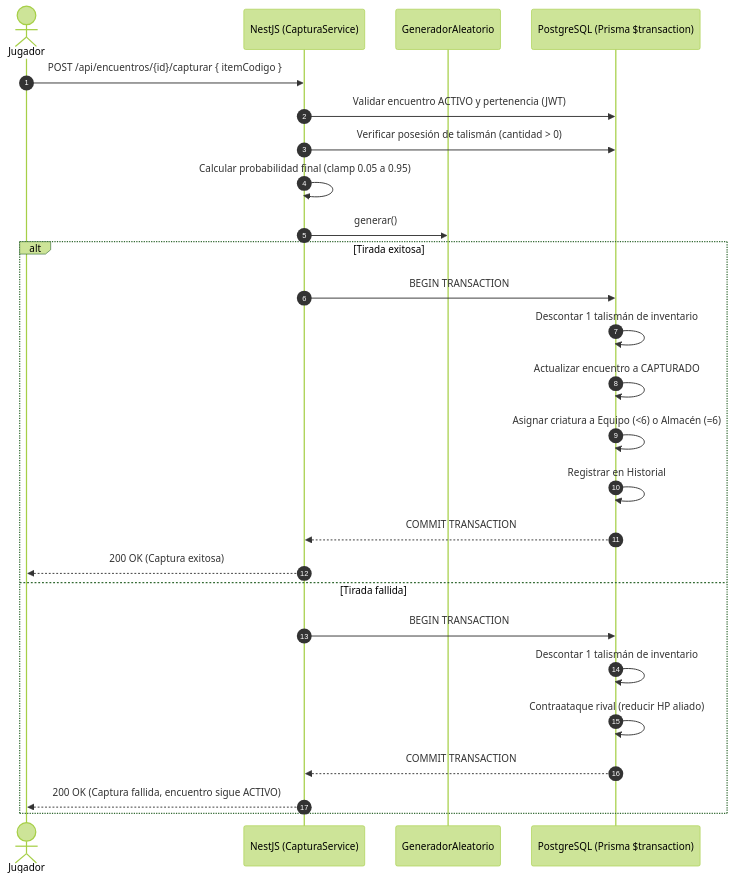
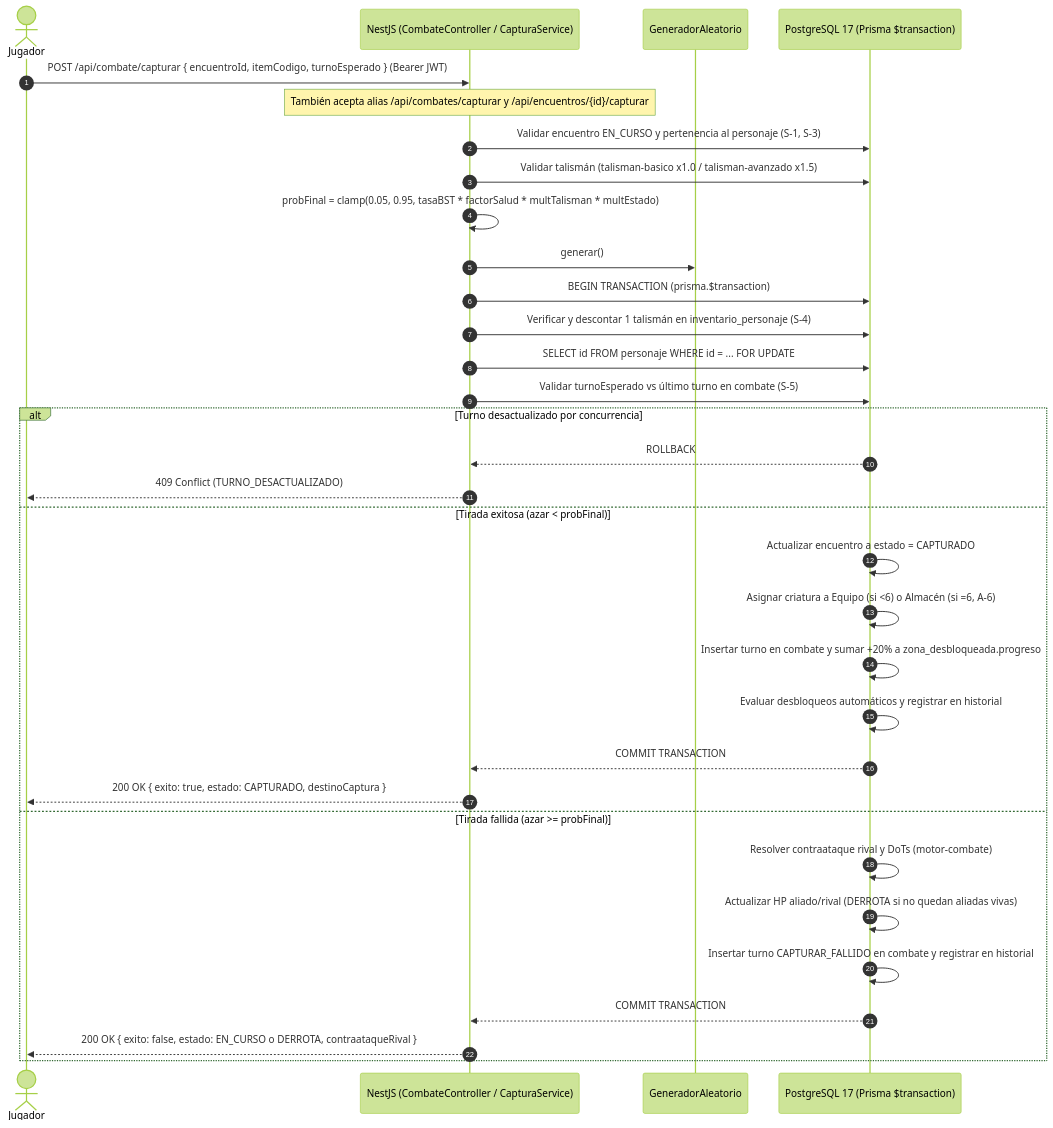
Before and after one commit to EduardoVal3/aethelgard: the diagram in docs/diagramas/secuencia-captura.mmd, drawn with Mermaid (forest theme). The commit also changed 3 other files, not shown here.

Commit message:
documentacion(combate): sincroniza diagramas de estados de encuentro y secuencia de captura

```diff
--- a/docs/diagramas/secuencia-captura.mmd
+++ b/docs/diagramas/secuencia-captura.mmd
@@ -1,27 +1,36 @@
 sequenceDiagram
     autonumber
     actor Jugador
-    participant API as NestJS (CapturaService)
+    participant API as NestJS (CombateController / CapturaService)
     participant Azar as GeneradorAleatorio
-    participant DB as PostgreSQL (Prisma $transaction)
+    participant DB as PostgreSQL 17 (Prisma $transaction)
 
-    Jugador->>API: POST /api/encuentros/{id}/capturar { itemCodigo }
-    API->>DB: Validar encuentro ACTIVO y pertenencia (JWT)
-    API->>DB: Verificar posesión de talismán (cantidad > 0)
-    API->>API: Calcular probabilidad final (clamp 0.05 a 0.95)
+    Jugador->>API: POST /api/combate/capturar { encuentroId, itemCodigo, turnoEsperado } (Bearer JWT)
+    Note over API: También acepta alias /api/combates/capturar y /api/encuentros/{id}/capturar
+    API->>DB: Validar encuentro EN_CURSO y pertenencia al personaje (S-1, S-3)
+    API->>DB: Validar talismán (talisman-basico x1.0 / talisman-avanzado x1.5)
+    API->>API: probFinal = clamp(0.05, 0.95, tasaBST * factorSalud * multTalisman * multEstado)
     API->>Azar: generar()
-    alt Tirada exitosa
-        API->>DB: BEGIN TRANSACTION
-        DB->>DB: Descontar 1 talismán de inventario
-        DB->>DB: Actualizar encuentro a CAPTURADO
-        DB->>DB: Asignar criatura a Equipo (<6) o Almacén (=6)
-        DB->>DB: Registrar en Historial
+
+    API->>DB: BEGIN TRANSACTION (prisma.$transaction)
+    API->>DB: Verificar y descontar 1 talismán en inventario_personaje (S-4)
+    API->>DB: SELECT id FROM personaje WHERE id = ... FOR UPDATE
+    API->>DB: Validar turnoEsperado vs último turno en combate (S-5)
+
+    alt Turno desactualizado por concurrencia
+        DB-->>API: ROLLBACK
+        API-->>Jugador: 409 Conflict (TURNO_DESACTUALIZADO)
+    else Tirada exitosa (azar < probFinal)
+        DB->>DB: Actualizar encuentro a estado = CAPTURADO
+        DB->>DB: Asignar criatura a Equipo (si <6) o Almacén (si =6, A-6)
+        DB->>DB: Insertar turno en combate y sumar +20% a zona_desbloqueada.progreso
+        DB->>DB: Evaluar desbloqueos automáticos y registrar en historial
         DB-->>API: COMMIT TRANSACTION
-        API-->>Jugador: 200 OK (Captura exitosa)
-    else Tirada fallida
-        API->>DB: BEGIN TRANSACTION
-        DB->>DB: Descontar 1 talismán de inventario
-        DB->>DB: Contraataque rival (reducir HP aliado)
+        API-->>Jugador: 200 OK { exito: true, estado: CAPTURADO, destinoCaptura }
+    else Tirada fallida (azar >= probFinal)
+        DB->>DB: Resolver contraataque rival y DoTs (motor-combate)
+        DB->>DB: Actualizar HP aliado/rival (DERROTA si no quedan aliadas vivas)
+        DB->>DB: Insertar turno CAPTURAR_FALLIDO en combate y registrar en historial
         DB-->>API: COMMIT TRANSACTION
-        API-->>Jugador: 200 OK (Captura fallida, encuentro sigue ACTIVO)
+        API-->>Jugador: 200 OK { exito: false, estado: EN_CURSO o DERROTA, contraataqueRival }
     end
```
